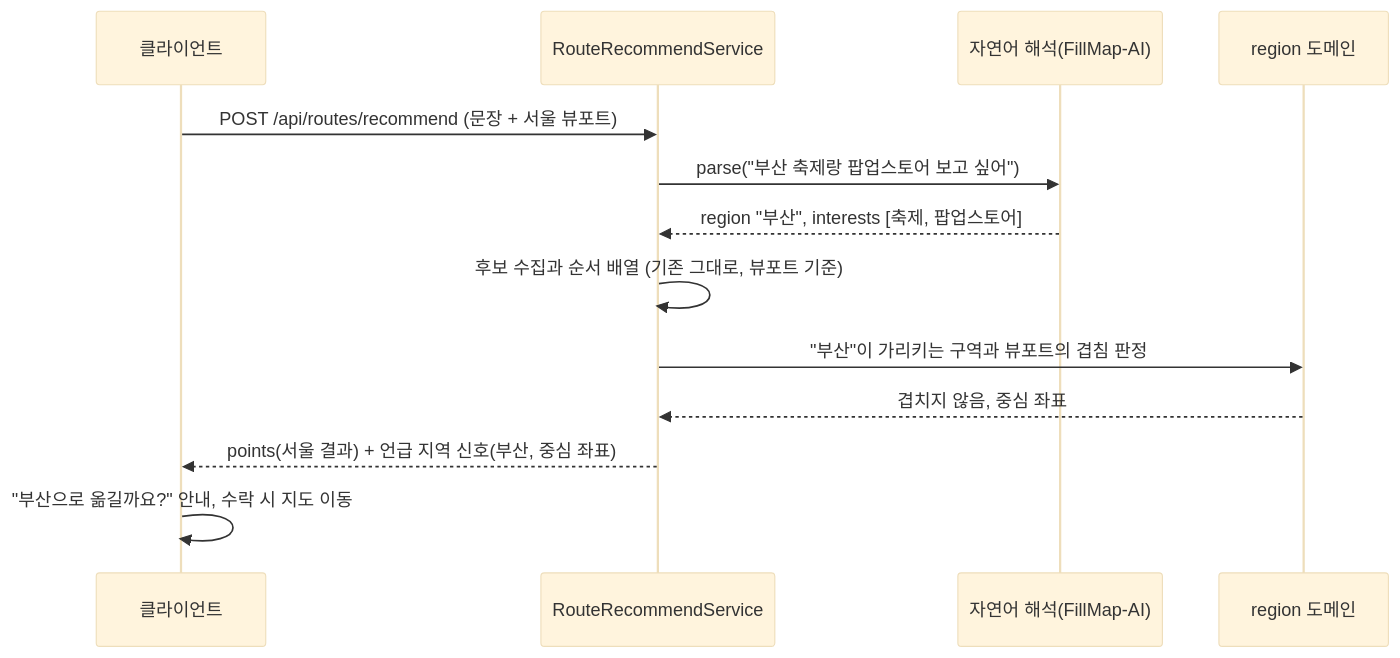
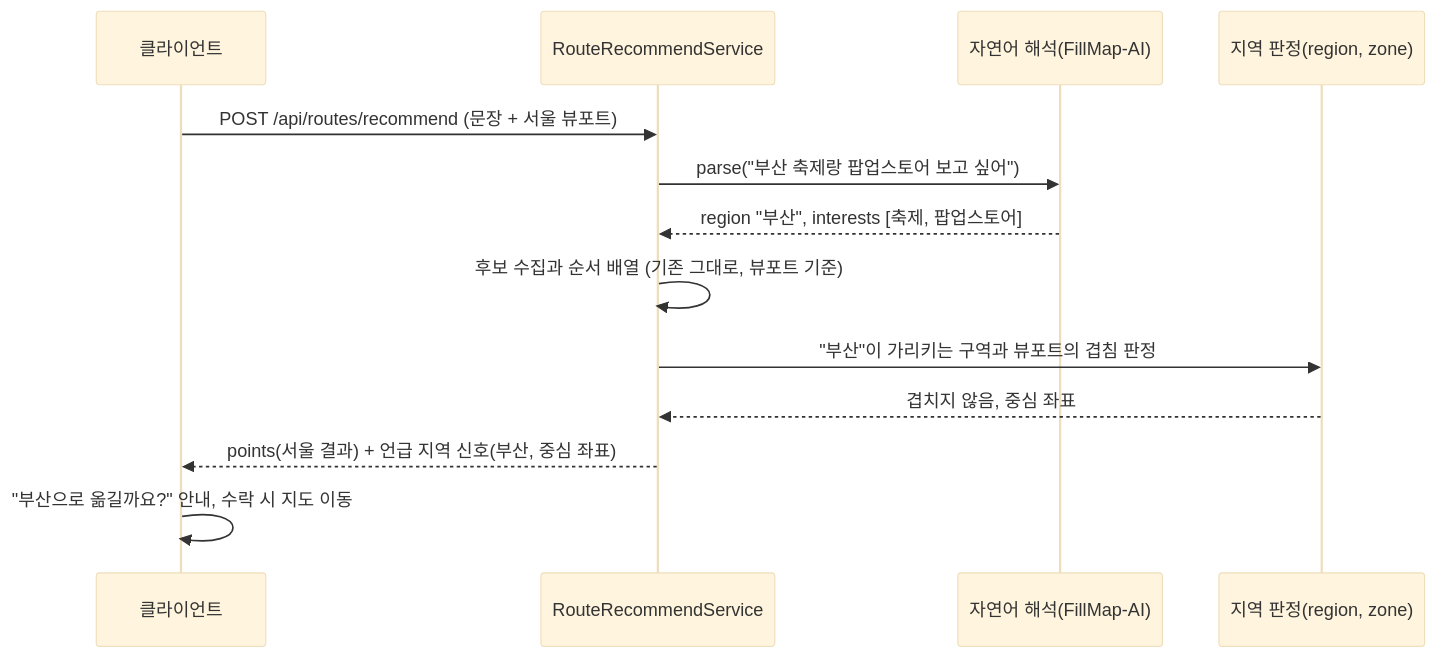
The diagram in docs/prd/MSG-468-prd.md (ASM-MSG/BE), drawn with Mermaid (base theme) before and after one commit. The commit also changed other lines of this file and 2 other files, not shown here.

````diff
--- a/docs/prd/MSG-468-prd.md
+++ b/docs/prd/MSG-468-prd.md
@@ -72,15 +85,15 @@
 ```mermaid
 sequenceDiagram
     participant FE as 클라이언트
     participant R as RouteRecommendService
     participant AI as 자연어 해석(FillMap-AI)
-    participant RG as region 도메인
+    participant RG as 지역 판정(region, zone)
     FE->>R: POST /api/routes/recommend (문장 + 서울 뷰포트)
     R->>AI: parse("부산 축제랑 팝업스토어 보고 싶어")
     AI-->>R: region "부산", interests [축제, 팝업스토어]
     R->>R: 후보 수집과 순서 배열 (기존 그대로, 뷰포트 기준)
     R->>RG: "부산"이 가리키는 구역과 뷰포트의 겹침 판정
     RG-->>R: 겹치지 않음, 중심 좌표
     R-->>FE: points(서울 결과) + 언급 지역 신호(부산, 중심 좌표)
     FE->>FE: "부산으로 옮길까요?" 안내, 수락 시 지도 이동
 ```
````
